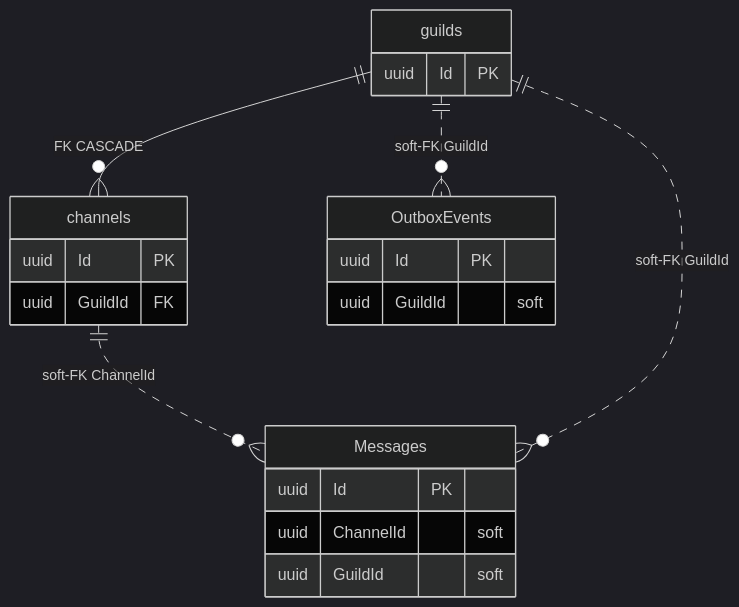
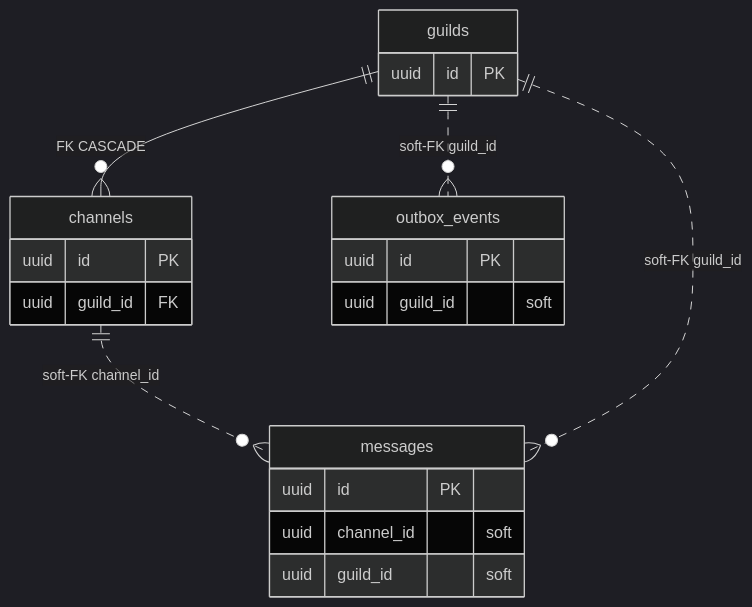
The third of 3 diagrams in docs/schema.md (nextalkhub/NexTalk), drawn with Mermaid (dark theme) before and after one commit. The commit also changed other lines of this file and 154 other files, not shown here.

````diff
--- a/docs/schema.md
+++ b/docs/schema.md
@@ -253,24 +236,24 @@
 ```mermaid
 erDiagram
-    guilds   ||--o{ channels : "FK CASCADE"
-    channels ||..o{ Messages : "soft-FK ChannelId"
-    guilds   ||..o{ Messages : "soft-FK GuildId"
-    guilds   ||..o{ OutboxEvents : "soft-FK GuildId"
+    guilds   ||--o{ channels     : "FK CASCADE"
+    channels ||..o{ messages     : "soft-FK channel_id"
+    guilds   ||..o{ messages     : "soft-FK guild_id"
+    guilds   ||..o{ outbox_events : "soft-FK guild_id"
 
     guilds {
-        uuid Id PK
+        uuid id PK
     }
     channels {
-        uuid Id PK
-        uuid GuildId FK
+        uuid id       PK
+        uuid guild_id FK
     }
-    Messages {
-        uuid Id PK
-        uuid ChannelId "soft"
-        uuid GuildId "soft"
+    messages {
+        uuid id         PK
+        uuid channel_id "soft"
+        uuid guild_id   "soft"
     }
-    OutboxEvents {
-        uuid Id PK
-        uuid GuildId "soft"
+    outbox_events {
+        uuid id       PK
+        uuid guild_id "soft"
     }
 ```
````
